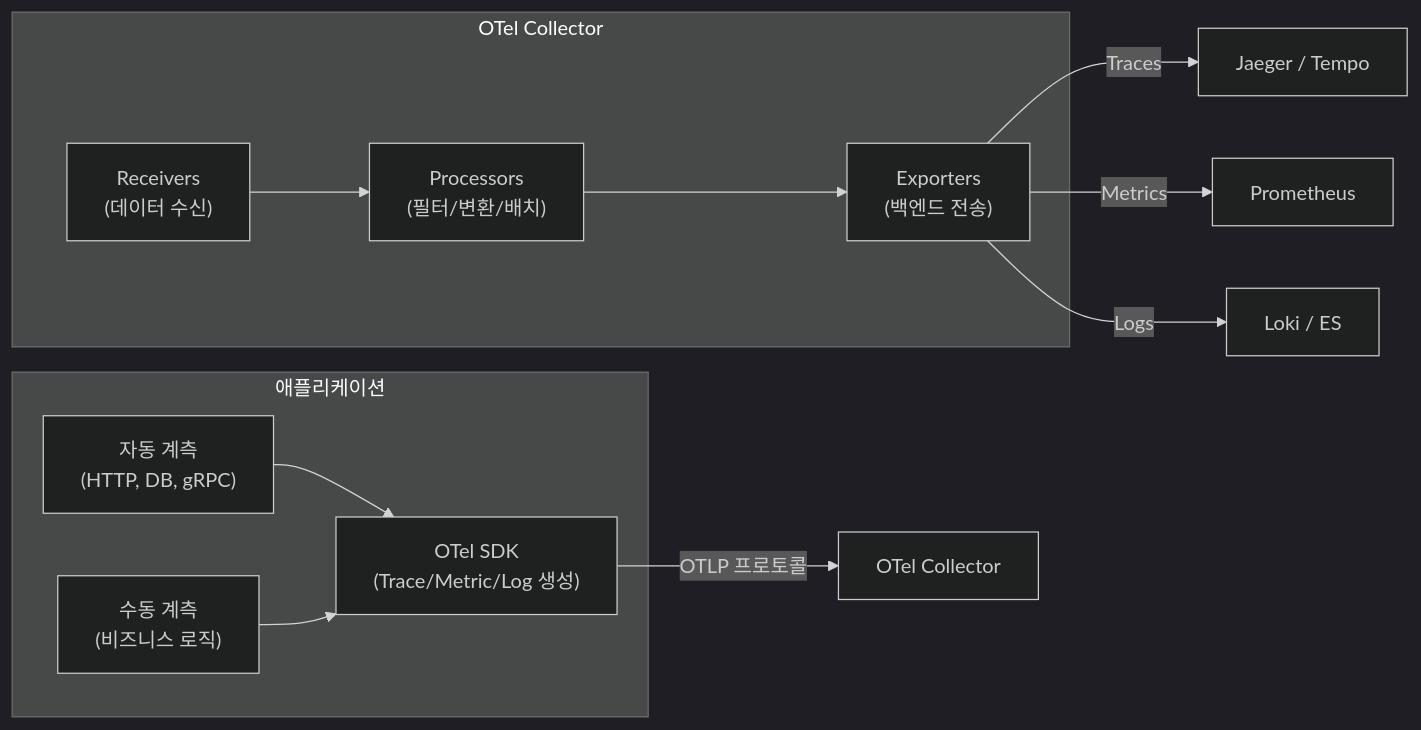
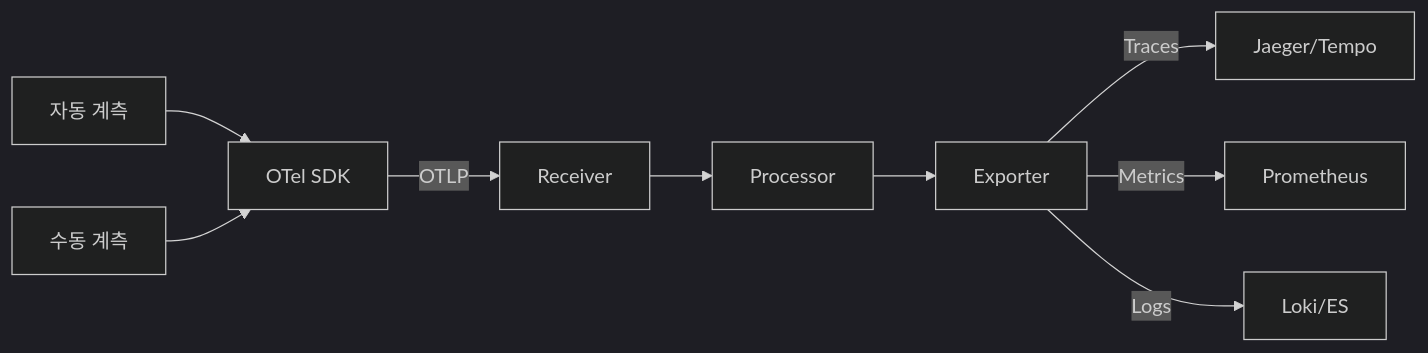
One commit to yjkim2015/yjkim2015.github.io changed the third of 7 diagrams in _posts/monitoring/2026-05-03-distributed-tracing.md. Above: the diagram before and after it, drawn with Mermaid (dark theme). The commit also changed other lines of this file and 215 other files, not shown here.

First line of the commit message:
신규 포스트 10개 추가 + Mermaid 전면 축소 + SystemDesign 시리즈 보강

````diff
--- a/_posts/monitoring/2026-05-03-distributed-tracing.md
+++ b/_posts/monitoring/2026-05-03-distributed-tracing.md
@@ -185,23 +181,10 @@
 ```mermaid
 graph LR
-    subgraph "애플리케이션"
-        SDK["OTel SDK\n(Trace/Metric/Log 생성)"]
-        AUTO["자동 계측\n(HTTP, DB, gRPC)"]
-        MANUAL["수동 계측\n(비즈니스 로직)"]
-        AUTO --> SDK
-        MANUAL --> SDK
-    end
-
-    SDK -->|"OTLP 프로토콜"| COLLECTOR["OTel Collector"]
-
-    subgraph "OTel Collector"
-        RECV["Receivers\n(데이터 수신)"]
-        PROC["Processors\n(필터/변환/배치)"]
-        EXPO["Exporters\n(백엔드 전송)"]
-        RECV --> PROC --> EXPO
-    end
-
-    EXPO -->|"Traces"| JAEGER["Jaeger / Tempo"]
-    EXPO -->|"Metrics"| PROM["Prometheus"]
-    EXPO -->|"Logs"| LOKI["Loki / ES"]
+    AUTO["자동 계측"] --> SDK["OTel SDK"]
+    MANUAL["수동 계측"] --> SDK
+    SDK -->|OTLP| RECV["Receiver"]
+    RECV --> PROC["Processor"] --> EXPO["Exporter"]
+    EXPO -->|Traces| JAEGER["Jaeger/Tempo"]
+    EXPO -->|Metrics| PROM["Prometheus"]
+    EXPO -->|Logs| LOKI["Loki/ES"]
 ```
````
